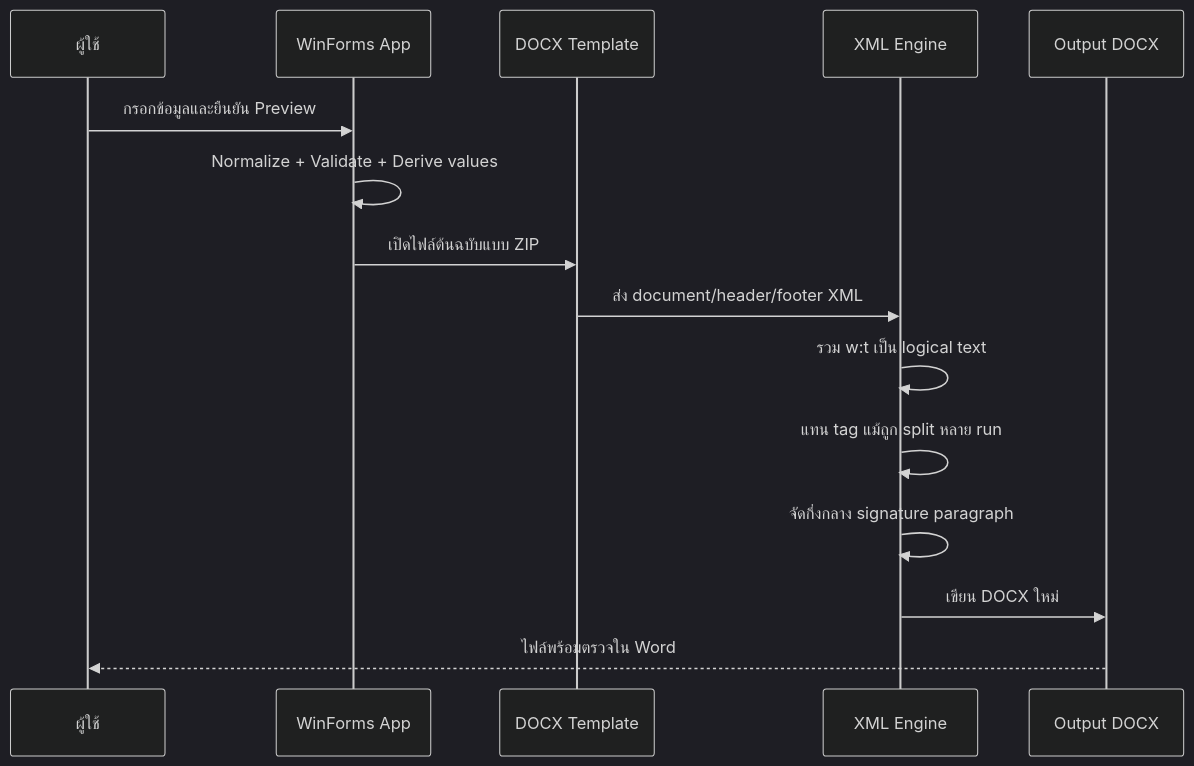
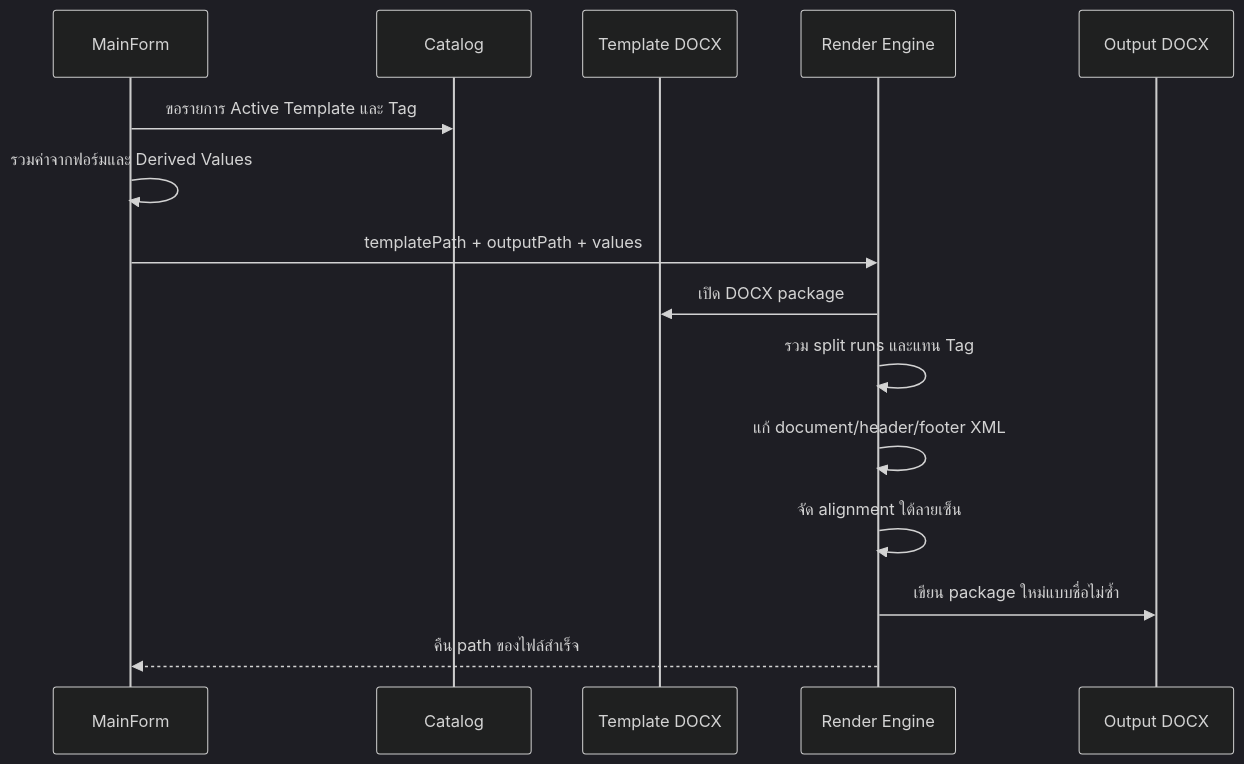
The ninth of 9 diagrams in README.md (RobbyGrean/jmoney), drawn with Mermaid (dark theme) before and after one commit. The commit also changed other lines of this file and 14 other files, not shown here.

````diff
--- a/README.md
+++ b/README.md
@@ -320,18 +771,18 @@
 ```mermaid
 sequenceDiagram
-    participant U as ผู้ใช้
-    participant A as WinForms App
-    participant T as DOCX Template
-    participant X as XML Engine
+    participant UI as MainForm
+    participant C as Catalog
+    participant T as Template DOCX
+    participant E as Render Engine
     participant O as Output DOCX
 
-    U->>A: กรอกข้อมูลและยืนยัน Preview
-    A->>A: Normalize + Validate + Derive values
-    A->>T: เปิดไฟล์ต้นฉบับแบบ ZIP
-    T->>X: ส่ง document/header/footer XML
-    X->>X: รวม w:t เป็น logical text
-    X->>X: แทน tag แม้ถูก split หลาย run
-    X->>X: จัดกึ่งกลาง signature paragraph
-    X->>O: เขียน DOCX ใหม่
-    O-->>U: ไฟล์พร้อมตรวจใน Word
+    UI->>C: ขอรายการ Active Template และ Tag
+    UI->>UI: รวมค่าจากฟอร์มและ Derived Values
+    UI->>E: templatePath + outputPath + values
+    E->>T: เปิด DOCX package
+    E->>E: รวม split runs และแทน Tag
+    E->>E: แก้ document/header/footer XML
+    E->>E: จัด alignment ใต้ลายเซ็น
+    E->>O: เขียน package ใหม่แบบชื่อไม่ซ้ำ
+    E-->>UI: คืน path ของไฟล์สำเร็จ
 ```
````
